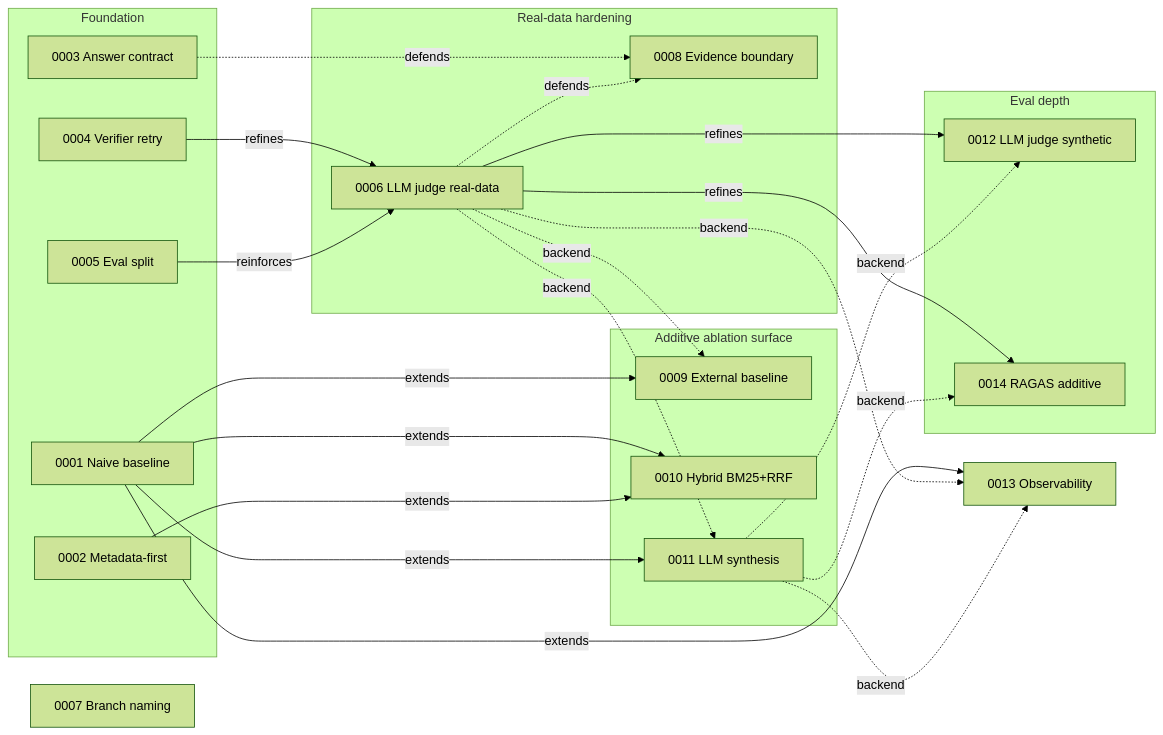
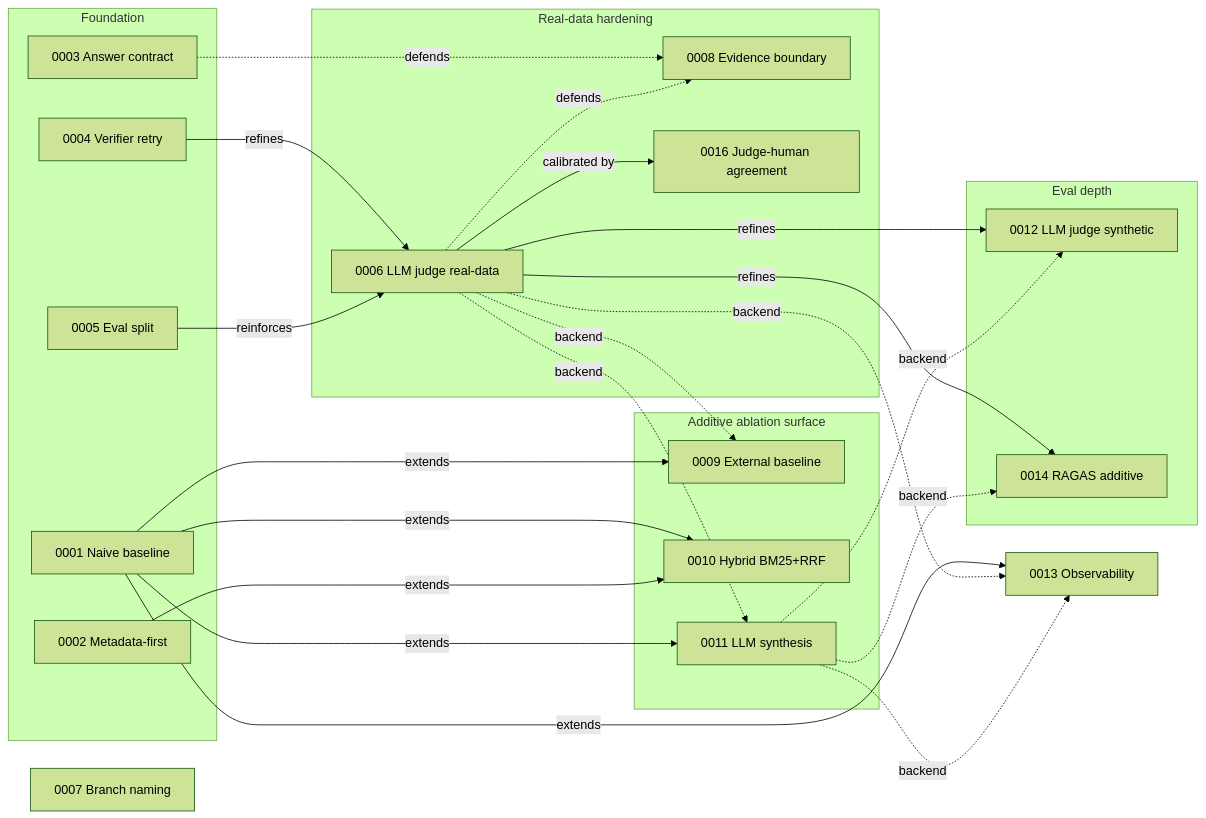
The diagram in docs/adr/README.md (hskim-solv/BidMate-DocAgent), drawn with Mermaid (forest theme) before and after one commit. The commit also changed other lines of this file and 3 other files, not shown here.

````diff
--- a/docs/adr/README.md
+++ b/docs/adr/README.md
@@ -150,51 +154,53 @@
 ```mermaid
 graph LR
   subgraph Foundation
     A1[0001 Naive baseline]
     A2[0002 Metadata-first]
     A3[0003 Answer contract]
     A4[0004 Verifier retry]
     A5[0005 Eval split]
   end
 
   A7[0007 Branch naming]
 
   subgraph Real-data hardening
     A6[0006 LLM judge real-data]
     A8[0008 Evidence boundary]
+    A16[0016 Judge-human agreement]
   end
 
   subgraph Additive ablation surface
     A9[0009 External baseline]
     A10[0010 Hybrid BM25+RRF]
     A11[0011 LLM synthesis]
   end
 
   subgraph Eval depth
     A12[0012 LLM judge synthetic]
     A14[0014 RAGAS additive]
   end
 
   A13[0013 Observability]
 
   A4 -- refines --> A6
   A5 -- reinforces --> A6
   A3 -. defends .-> A8
   A6 -. defends .-> A8
 
   A1 -- extends --> A9
   A1 -- extends --> A10
   A2 -- extends --> A10
   A1 -- extends --> A11
   A1 -- extends --> A13
 
   A6 -- refines --> A12
   A6 -- refines --> A14
+  A6 -- calibrated by --> A16
 
   A6 -. backend .-> A9
   A6 -. backend .-> A11
   A6 -. backend .-> A13
   A11 -. backend .-> A12
   A11 -. backend .-> A13
   A11 -. backend .-> A14
 ```
````
